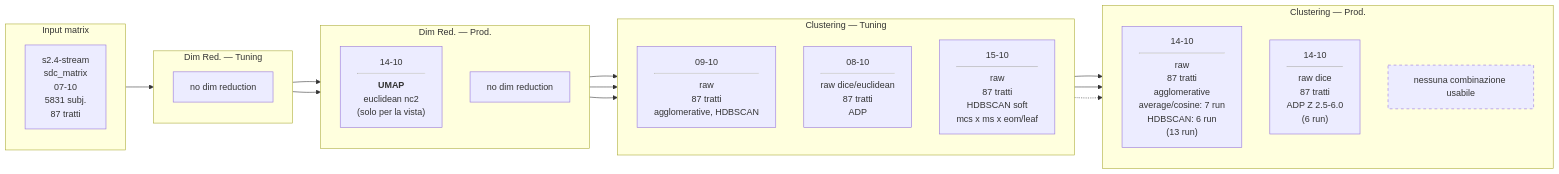
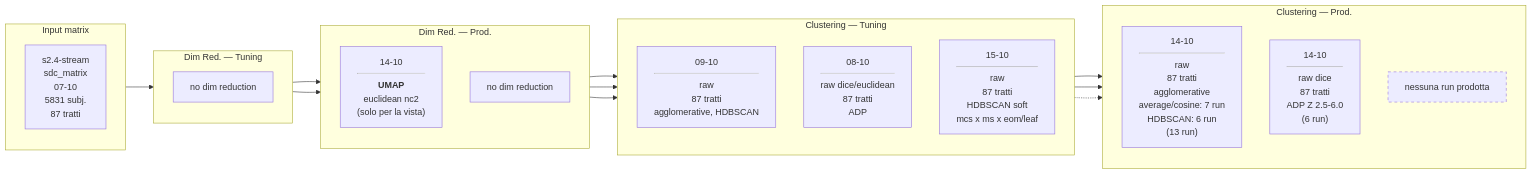
One commit to EmmaTosato/NEMESIS_fs changed the third of 5 diagrams in docs/experiments/pipelines.md. Above: the diagram before and after it, drawn with Mermaid. The commit also changed 36 other files, not shown here.

````diff
--- a/docs/experiments/pipelines.md
+++ b/docs/experiments/pipelines.md
@@ -108,38 +108,38 @@
 ```mermaid
 flowchart LR
     classDef pending stroke-dasharray: 5 5
 
     subgraph COL0["Input matrix"]
         direction TB
         R25["s2.4-stream<br/>sdc_matrix<br/>07-10<br/>5831 subj.<br/>87 tratti"]
     end
 
     subgraph COL1["Dim Red. — Tuning"]
         direction TB
         N25T["no dim reduction"]
     end
 
     subgraph COL2["Dim Red. — Prod."]
         direction TB
         P25["14-10<hr/><b>UMAP</b><br/>euclidean nc2<br/>(solo per la vista)"]
         N25P["no dim reduction"]
     end
 
     subgraph COL3["Clustering — Tuning"]
         direction TB
         CT25["09-10<hr/>raw<br/>87 tratti<br/>agglomerative, HDBSCAN"]
         CT25R["08-10<hr/>raw dice/euclidean<br/>87 tratti<br/>ADP"]
         CT25S["15-10<hr/>raw<br/>87 tratti<br/>HDBSCAN soft<br/>mcs x ms x eom/leaf"]
     end
 
     subgraph COL4["Clustering — Prod."]
         direction TB
         CP25["14-10<hr/>raw<br/>87 tratti<br/>agglomerative<br/>average/cosine: 7 run<br/>HDBSCAN: 6 run<br/>(13 run)"]
         CP25R["14-10<hr/>raw dice<br/>87 tratti<br/>ADP Z 2.5-6.0<br/>(6 run)"]
-        CP25S["nessuna combinazione usabile"]:::pending
+        CP25S["nessuna run prodotta"]:::pending
     end
 
     R25 --> N25T --> P25 --> CT25 --> CP25
     N25T --> N25P --> CT25R --> CP25R
     N25P --> CT25S -.-> CP25S
 ```
````
